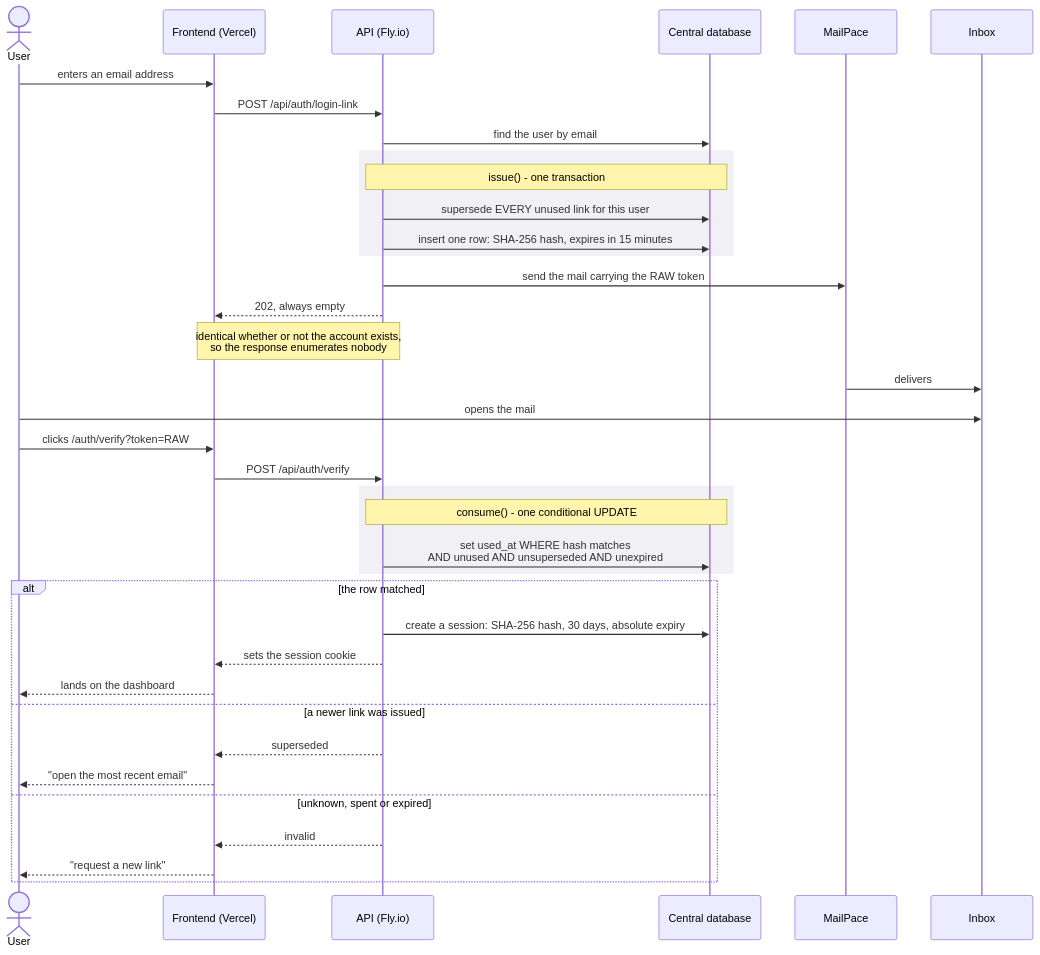
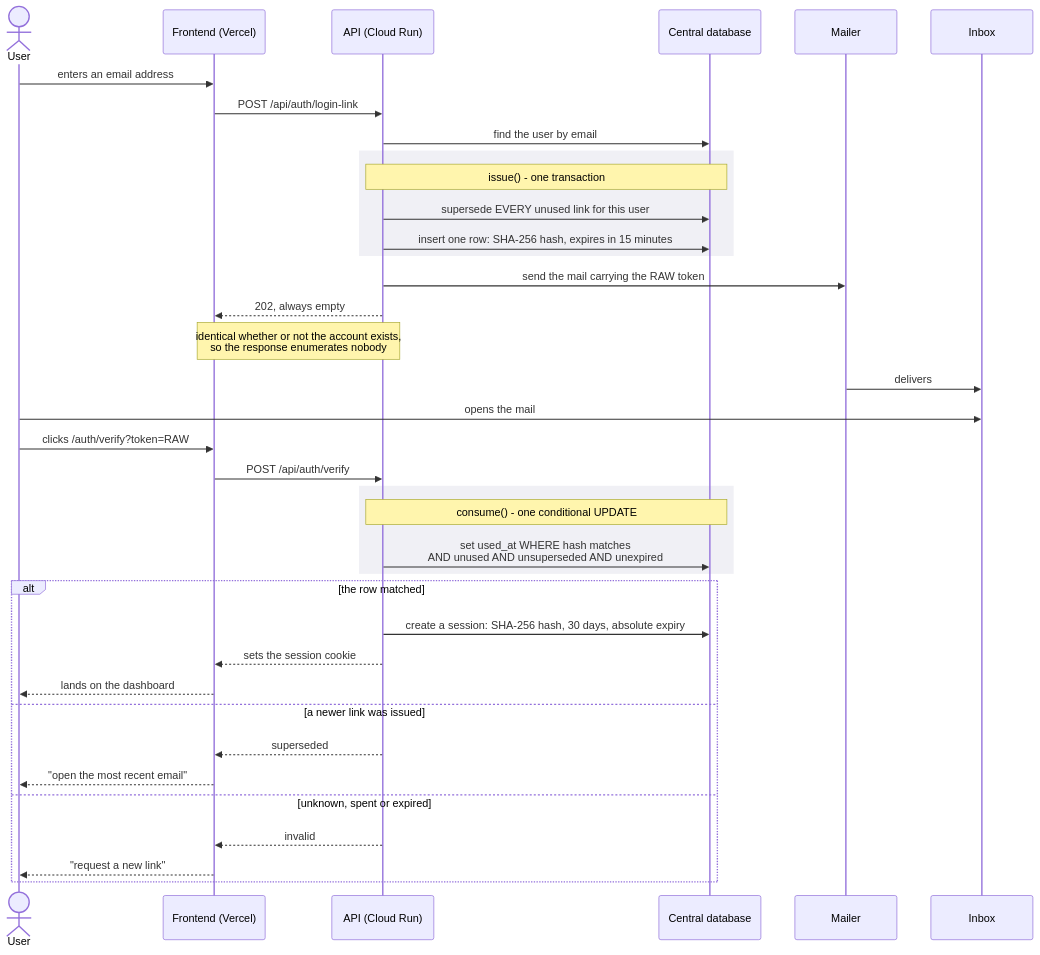
One commit to AntePrkacin/personal-expense-tracker changed the diagram in docs/showcase/diagrams/login-flow.mmd. Above: the diagram before and after it, drawn with Mermaid. The commit also changed 20 other files, not shown here.

Commit message:
docs: sweep stale Fly, domain and mail references

```diff
--- a/docs/showcase/diagrams/login-flow.mmd
+++ b/docs/showcase/diagrams/login-flow.mmd
@@ -1,50 +1,52 @@
 %% Passwordless login. There is no password field anywhere in the app.
 %% Four details are the ones people ask about:
 %%   - the raw token is never stored, only its SHA-256, which IS the lookup key
 %%   - a link is single use, by one conditional UPDATE rather than read-then-write
 %%   - only the newest link works: issuing one supersedes every unused link
 %%   - "superseded" is told apart from "invalid" because it is the one rejection
 %%     the user can act on, and it enumerates nobody
+%% "Mailer" is a seam: MailPace over HTTPS when configured, otherwise the link
+%% is logged. The current deployment configures nothing, so /demo is the door.
 sequenceDiagram
     actor U as User
     participant FE as Frontend (Vercel)
-    participant API as API (Fly.io)
+    participant API as API (Cloud Run)
     participant DB as Central database
-    participant MP as MailPace
+    participant MP as Mailer
     participant IN as Inbox
 
     U->>FE: enters an email address
     FE->>API: POST /api/auth/login-link
     API->>DB: find the user by email
 
     rect rgb(240, 240, 245)
     note over API,DB: issue() - one transaction
     API->>DB: supersede EVERY unused link for this user
     API->>DB: insert one row: SHA-256 hash, expires in 15 minutes
     end
 
     API->>MP: send the mail carrying the RAW token
     API-->>FE: 202, always empty
     note over API,FE: identical whether or not the account exists,<br/>so the response enumerates nobody
     MP->>IN: delivers
 
     U->>IN: opens the mail
     U->>FE: clicks /auth/verify?token=RAW
     FE->>API: POST /api/auth/verify
 
     rect rgb(240, 240, 245)
     note over API,DB: consume() - one conditional UPDATE
     API->>DB: set used_at WHERE hash matches<br/>AND unused AND unsuperseded AND unexpired
     end
 
     alt the row matched
         API->>DB: create a session: SHA-256 hash, 30 days, absolute expiry
         API-->>FE: sets the session cookie
         FE-->>U: lands on the dashboard
     else a newer link was issued
         API-->>FE: superseded
         FE-->>U: "open the most recent email"
     else unknown, spent or expired
         API-->>FE: invalid
         FE-->>U: "request a new link"
     end
```
